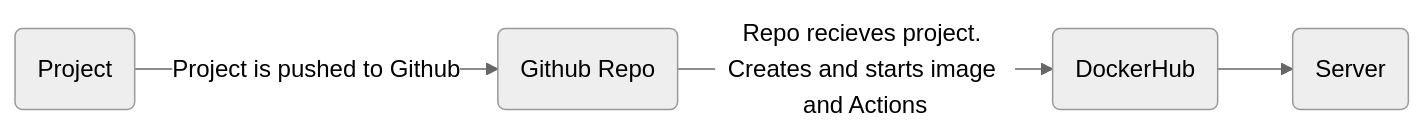
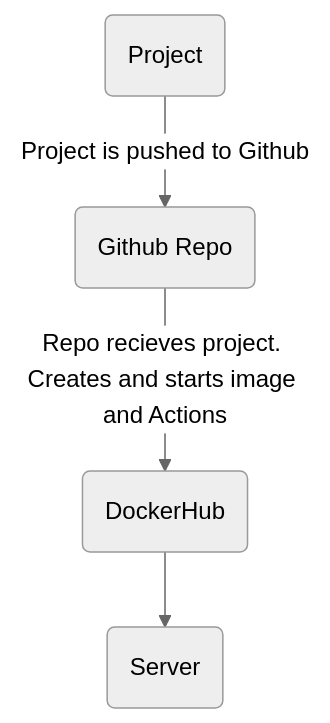
The diagram in README.md (WSU-kduncan/cicd-3120-davidkajuna7), drawn with Mermaid (neutral theme) before and after one commit.

````diff
--- a/README.md
+++ b/README.md
@@ -52,6 +52,6 @@
 ```mermaid
-  flowchart LR;
+  graph TD;
       A(Project) -- Project is pushed to Github --> B(Github Repo);
       B -- Repo recieves project. Creates and starts image and Actions --> C(DockerHub);
       C --> D(Server);
 ```
````
